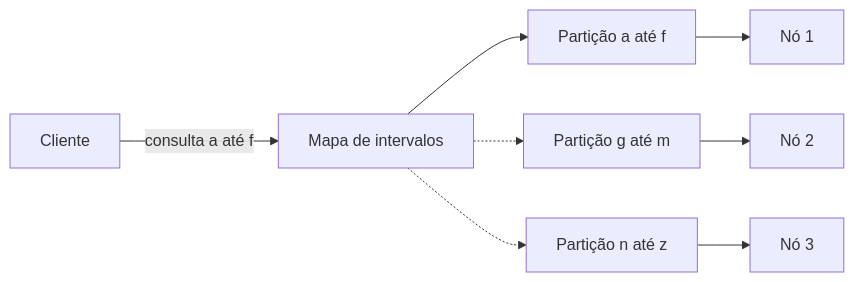
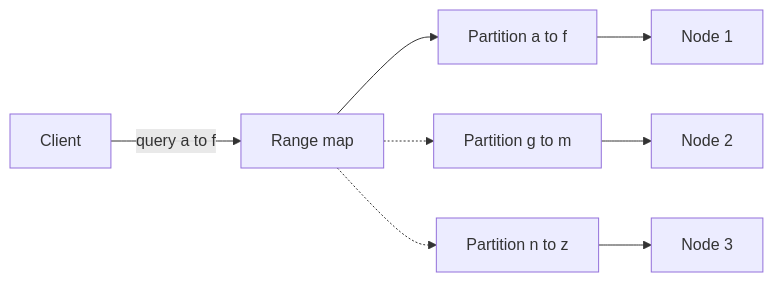
Before and after one commit to alancesar/design-patterns: the diagram in docs/architecture/distributed-systems/data-partitioning/key-range-partitions.md, drawn with Mermaid. The commit also changed 258 other files, not shown here.

First line of the commit message:
Translate Mermaid diagrams to English

````diff
--- a/docs/architecture/distributed-systems/data-partitioning/key-range-partitions.md
+++ b/docs/architecture/distributed-systems/data-partitioning/key-range-partitions.md
@@ -56,10 +56,10 @@
 ```mermaid
 flowchart LR
-    C["Cliente"] -->|"consulta a até f"| M["Mapa de intervalos"]
-    M --> P1["Partição a até f"]
-    M -.-> P2["Partição g até m"]
-    M -.-> P3["Partição n até z"]
-    P1 --> N1["Nó 1"]
-    P2 --> N2["Nó 2"]
-    P3 --> N3["Nó 3"]
+    C["Client"] -->|"query a to f"| M["Range map"]
+    M --> P1["Partition a to f"]
+    M -.-> P2["Partition g to m"]
+    M -.-> P3["Partition n to z"]
+    P1 --> N1["Node 1"]
+    P2 --> N2["Node 2"]
+    P3 --> N3["Node 3"]
 ```
````
